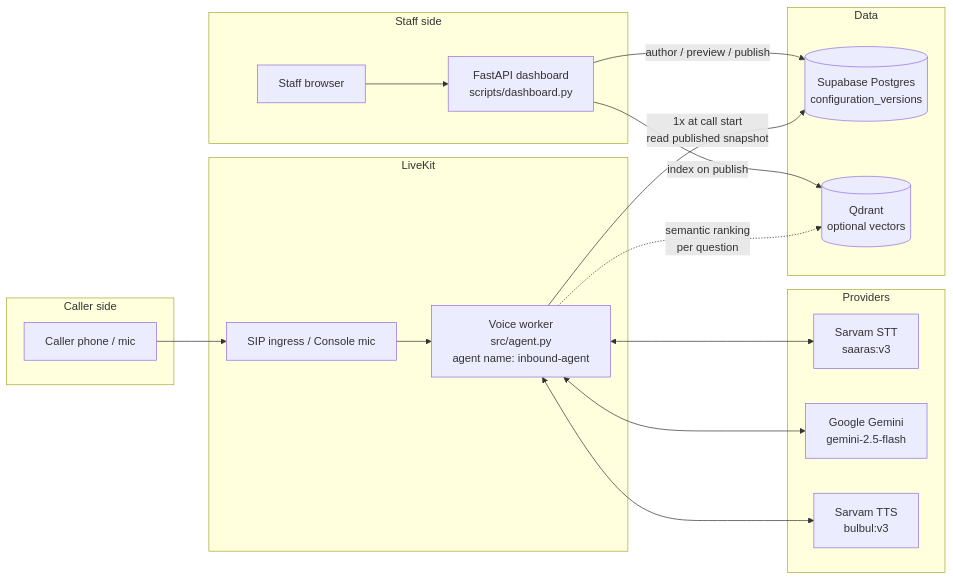
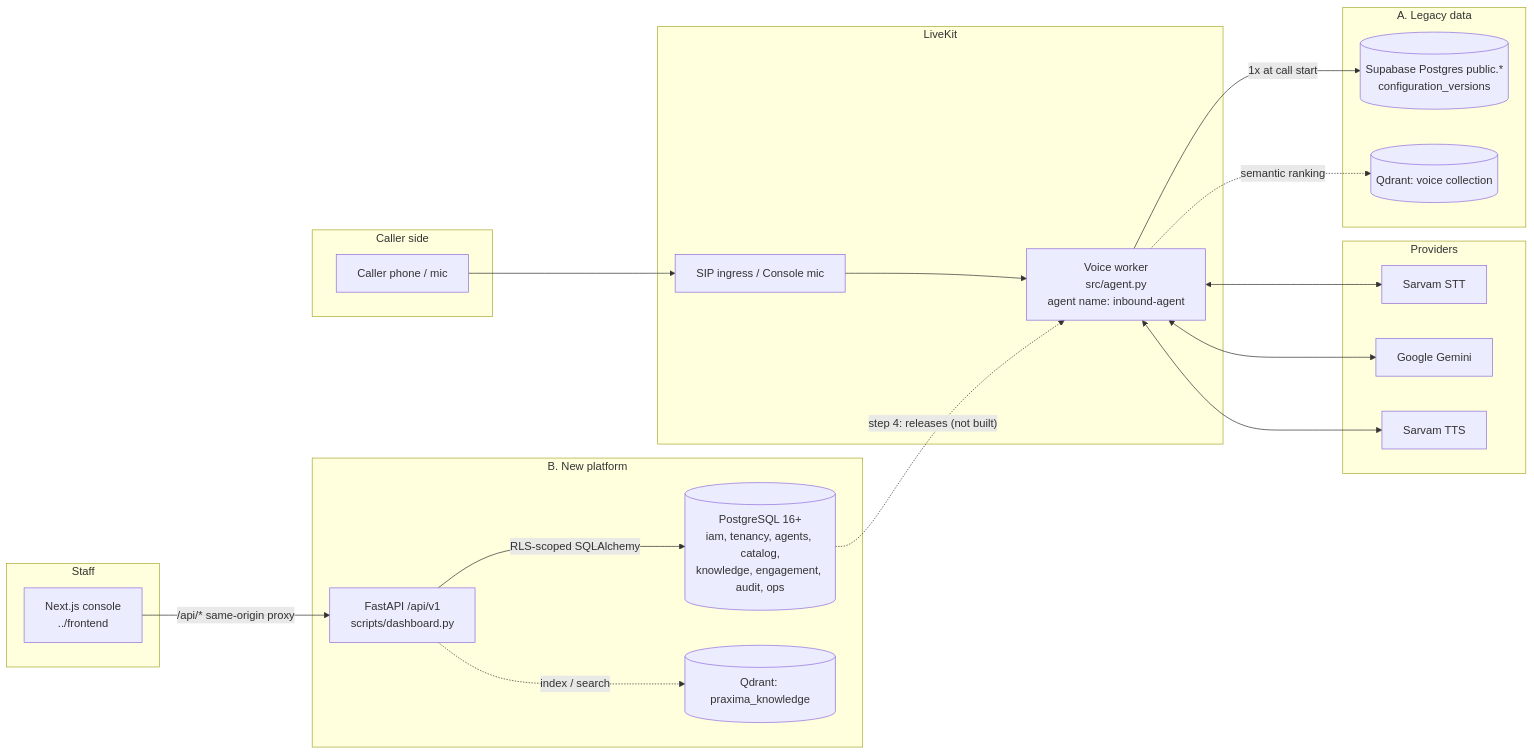
The first of 3 diagrams in PROJECT_UNDERSTANDING.md (nitctrl/praxima-automata), drawn with Mermaid before and after one commit. The commit also changed other lines of this file, not shown here.

First line of the commit message:
Update project understanding for the new platform

````diff
--- a/PROJECT_UNDERSTANDING.md
+++ b/PROJECT_UNDERSTANDING.md
@@ -36,33 +48,38 @@
 ```mermaid
 flowchart LR
     subgraph Caller side
         C[Caller phone / mic]
     end
     subgraph LiveKit
         SIP[SIP ingress / Console mic]
         W[Voice worker<br/>src/agent.py<br/>agent name: inbound-agent]
     end
     subgraph Providers
-        STT[Sarvam STT<br/>saaras:v3]
-        LLM[Google Gemini<br/>gemini-2.5-flash]
-        TTS[Sarvam TTS<br/>bulbul:v3]
+        STT[Sarvam STT]
+        LLM[Google Gemini]
+        TTS[Sarvam TTS]
     end
-    subgraph Data
-        PG[(Supabase Postgres<br/>configuration_versions)]
-        Q[(Qdrant<br/>optional vectors)]
+    subgraph "A. Legacy data"
+        PG[(Supabase Postgres public.*<br/>configuration_versions)]
+        Q[(Qdrant: voice collection)]
     end
-    subgraph Staff side
-        D[FastAPI dashboard<br/>scripts/dashboard.py]
-        S[Staff browser]
+    subgraph "B. New platform"
+        API[FastAPI /api/v1<br/>scripts/dashboard.py]
+        NEW[(PostgreSQL 16+<br/>iam, tenancy, agents, catalog,<br/>knowledge, engagement, audit, ops)]
+        QK[(Qdrant: praxima_knowledge)]
+    end
+    subgraph Staff
+        FE[Next.js console<br/>../frontend]
     end
 
     C --> SIP --> W
     W <--> STT
     W <--> LLM
     W <--> TTS
-    W -- "1x at call start<br/>read published snapshot" --> PG
-    W -. "semantic ranking<br/>per question" .-> Q
-    S --> D
-    D -- "author / preview / publish" --> PG
-    D -- "index on publish" --> Q
+    W -- "1x at call start" --> PG
+    W -. "semantic ranking" .-> Q
+    FE -- "/api/* same-origin proxy" --> API
+    API -- "RLS-scoped SQLAlchemy" --> NEW
+    API -. "index / search" .-> QK
+    NEW -. "step 4: releases (not built)" .-> W
 ```
````
